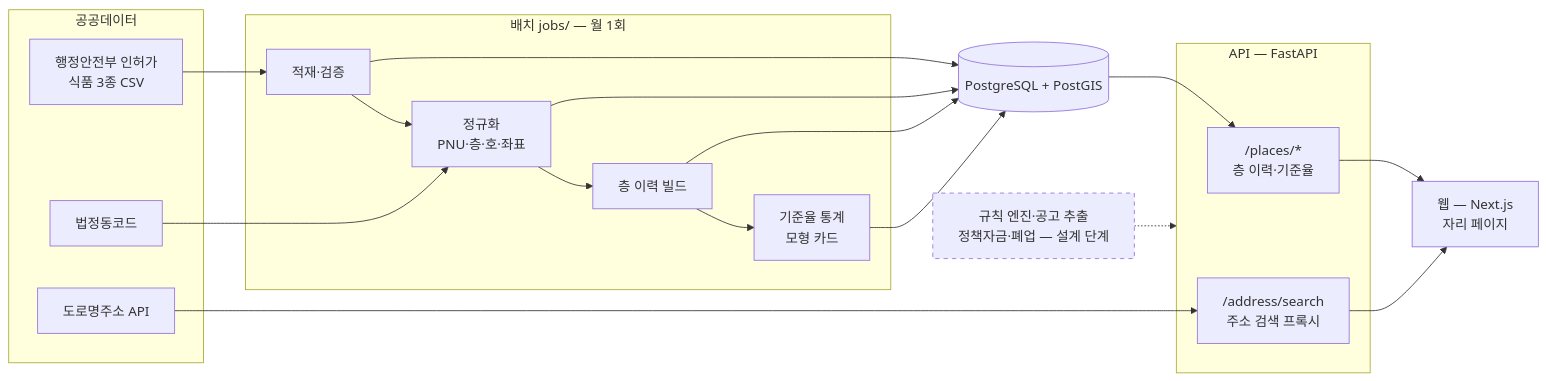
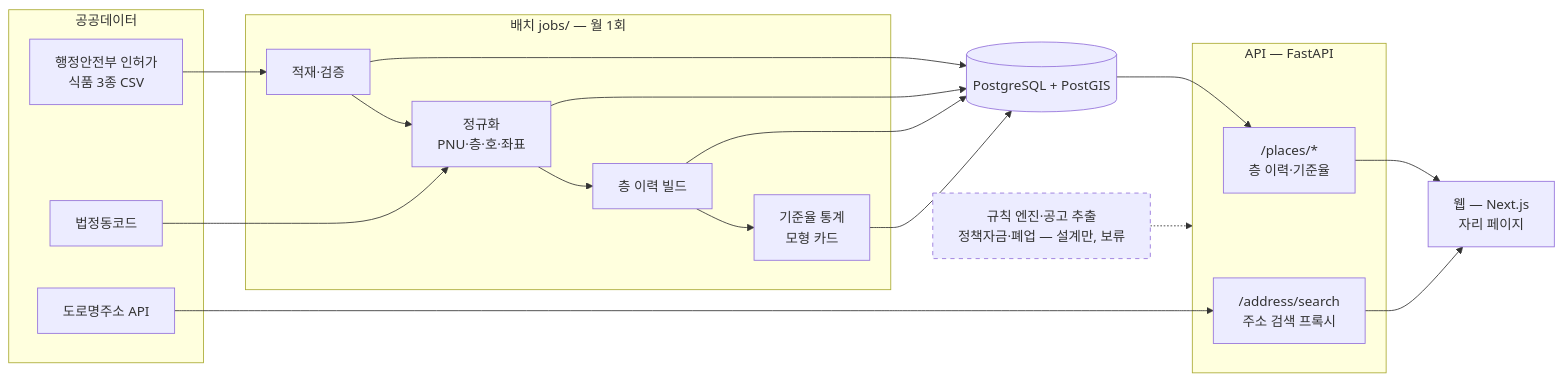
One commit to leejunyoung0610/gage-navi changed the diagram in README.md. Above: the diagram before and after it, drawn with Mermaid. The commit also changed other lines of this file and 11 other files, not shown here.

````diff
--- a/README.md
+++ b/README.md
@@ -46,32 +46,32 @@
 ```mermaid
 flowchart LR
   subgraph sources[공공데이터]
     lic[행정안전부 인허가<br/>식품 3종 CSV]
     dong[법정동코드]
     juso[도로명주소 API]
   end
   subgraph batch[배치 jobs/ — 월 1회]
     ingest[적재·검증] --> norm[정규화<br/>PNU·층·호·좌표]
     norm --> hist[층 이력 빌드]
     hist --> stats[기준율 통계<br/>모형 카드]
   end
   db[(PostgreSQL + PostGIS)]
   subgraph api[API — FastAPI]
     places["/places/*<br/>층 이력·기준율"]
     search["/address/search<br/>주소 검색 프록시"]
   end
   web[웹 — Next.js<br/>자리 페이지]
   lic --> ingest
   dong --> norm
   ingest --> db
   norm --> db
   hist --> db
   stats --> db
   db --> places
   juso --> search
   places --> web
   search --> web
-  rules[규칙 엔진·공고 추출<br/>정책자금·폐업 — 설계 단계]:::planned
+  rules[규칙 엔진·공고 추출<br/>정책자금·폐업 — 설계만, 보류]:::planned
   rules -.-> api
   classDef planned stroke-dasharray: 5 5
 ```
````
